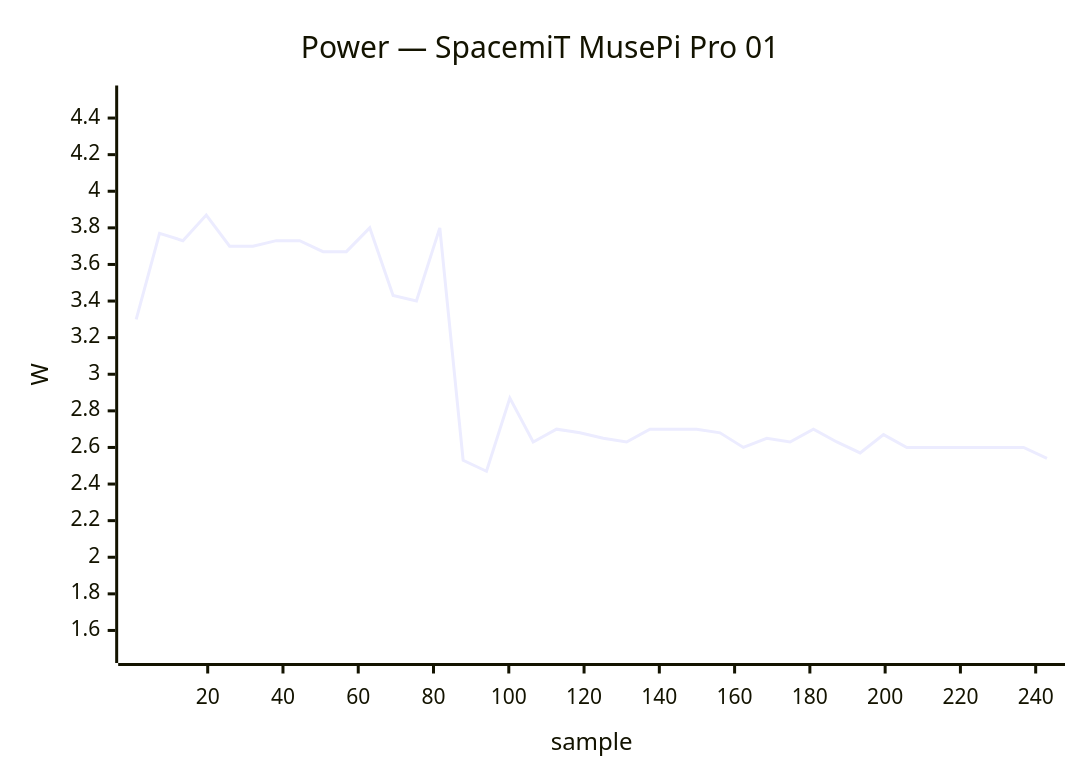
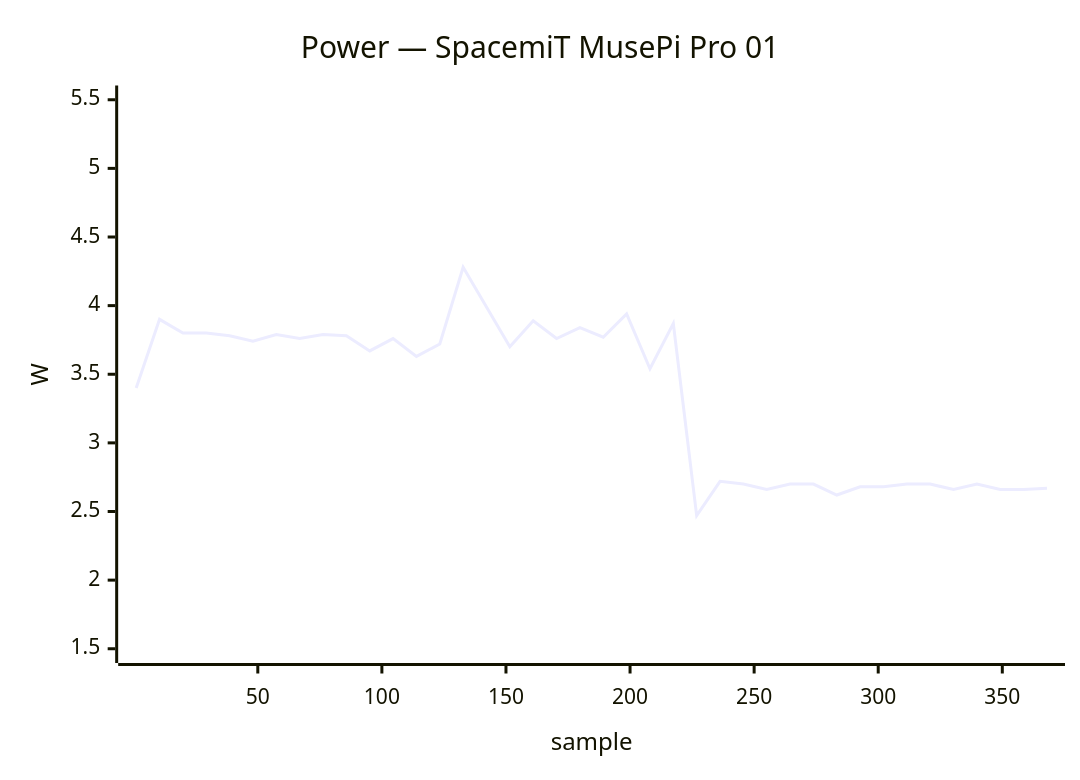
The seventh of 40 diagrams in docs/status/board-tests.md (armbian/documentation), drawn with Mermaid before and after one commit. The commit also changed other lines of this file, not shown here.

````diff
--- a/docs/status/board-tests.md
+++ b/docs/status/board-tests.md
@@ -259,7 +250,7 @@
 ```mermaid
 xychart-beta
     title "Power — SpacemiT MusePi Pro 01"
-    x-axis "sample" 1 --> 243
-    y-axis "W" 1.5 --> 4.5
-    line [3.30, 3.77, 3.73, 3.87, 3.70, 3.70, 3.73, 3.73, 3.67, 3.67, 3.80, 3.43, 3.40, 3.80, 2.53, 2.47, 2.87, 2.63, 2.70, 2.68, 2.65, 2.63, 2.70, 2.70, 2.70, 2.68, 2.60, 2.65, 2.63, 2.70, 2.63, 2.57, 2.67, 2.60, 2.60, 2.60, 2.60, 2.60, 2.60, 2.54]
+    x-axis "sample" 1 --> 368
+    y-axis "W" 1.5 --> 5.5
+    line [3.40, 3.90, 3.80, 3.80, 3.78, 3.74, 3.79, 3.76, 3.79, 3.78, 3.67, 3.76, 3.63, 3.72, 4.28, 3.99, 3.70, 3.89, 3.76, 3.84, 3.77, 3.94, 3.54, 3.87, 2.47, 2.72, 2.70, 2.66, 2.70, 2.70, 2.62, 2.68, 2.68, 2.70, 2.70, 2.66, 2.70, 2.66, 2.66, 2.67]
 ```
````
